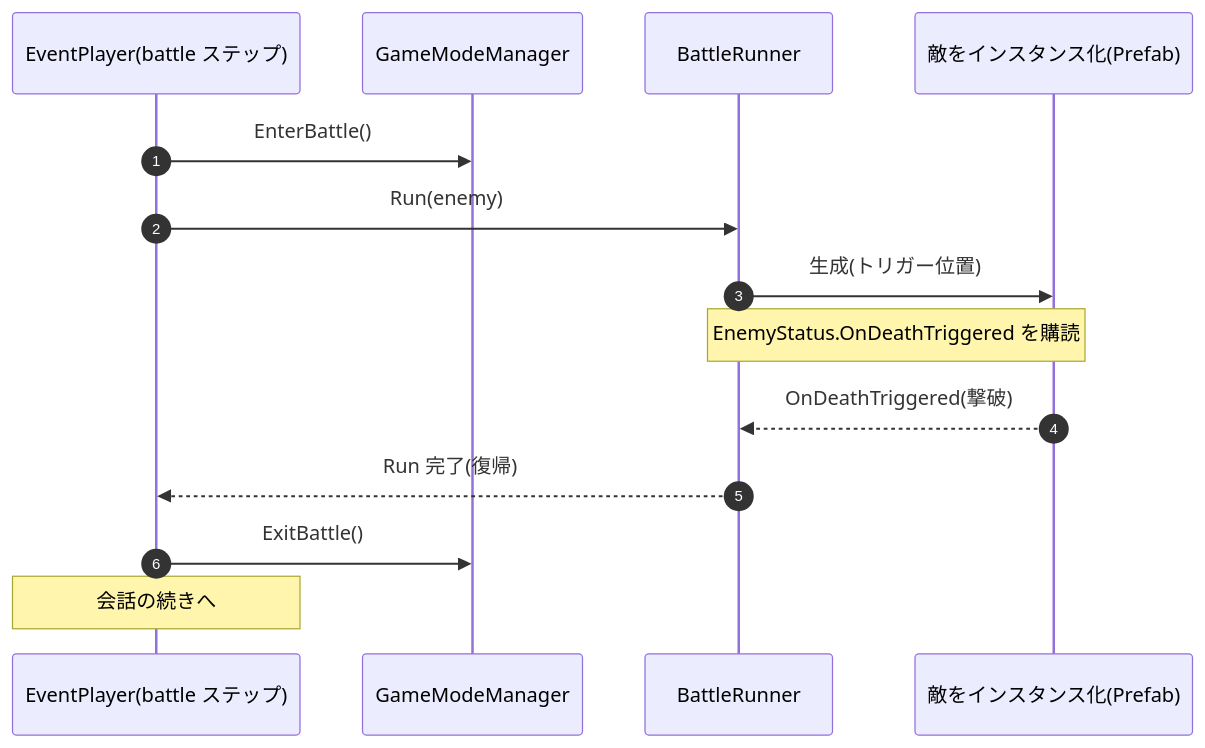
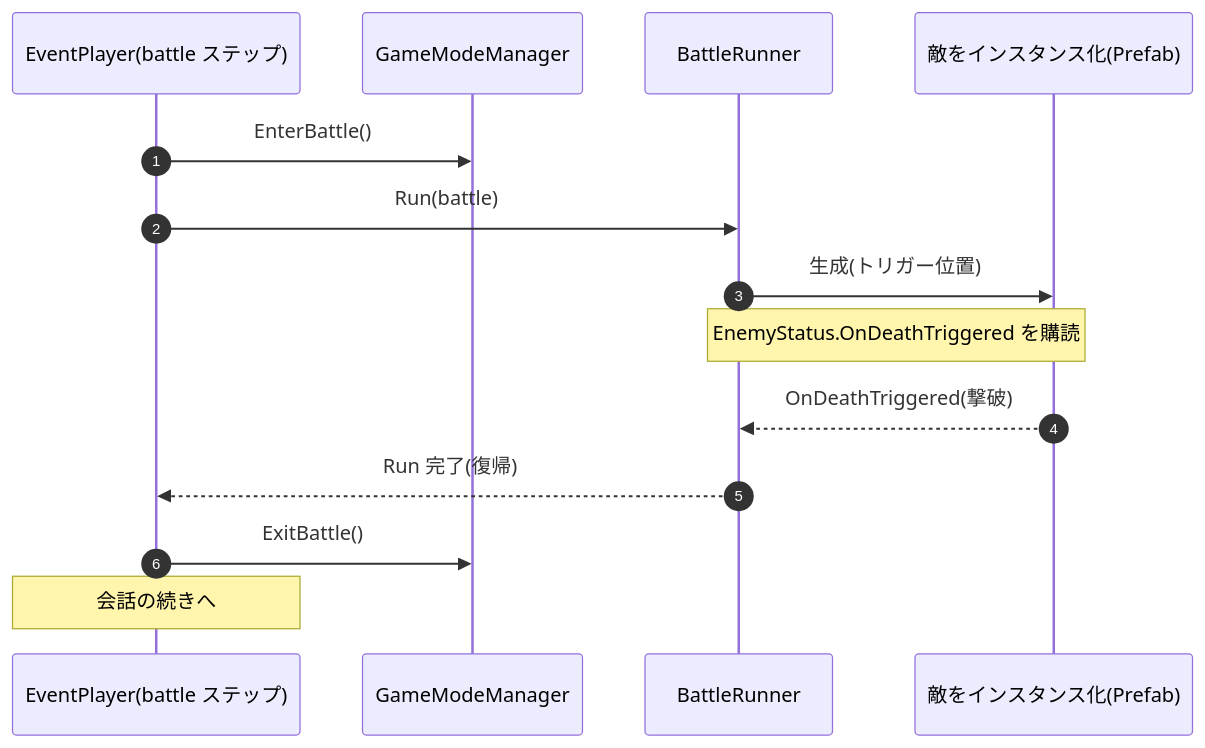
Before and after one commit to CreativeAI2026/documents: the second of 2 diagrams in EventImplementation.md, drawn with Mermaid. The commit also changed other lines of this file, not shown here.

````diff
--- a/EventImplementation.md
+++ b/EventImplementation.md
@@ -93,17 +95,17 @@
 ```mermaid
 sequenceDiagram
     autonumber
     participant EP as EventPlayer(battle ステップ)
     participant GM as GameModeManager
     participant BR as BattleRunner
     participant EN as 敵をインスタンス化(Prefab)
 
     EP->>GM: EnterBattle()
-    EP->>BR: Run(enemy)
+    EP->>BR: Run(battle)
     BR->>EN: 生成(トリガー位置)
     Note over BR,EN: EnemyStatus.OnDeathTriggered を購読
     EN-->>BR: OnDeathTriggered(撃破)
     BR-->>EP: Run 完了(復帰)
     EP->>GM: ExitBattle()
     Note over EP: 会話の続きへ
 ```
````
